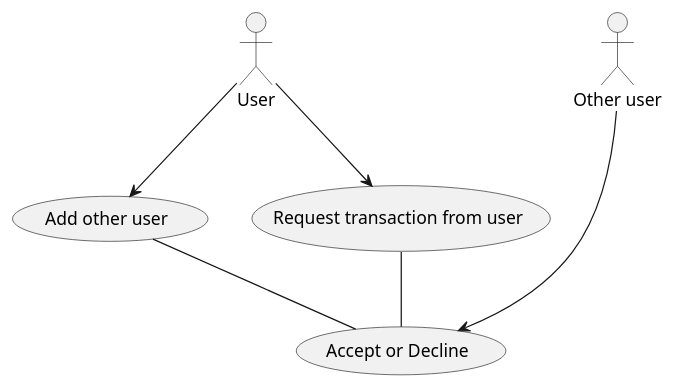
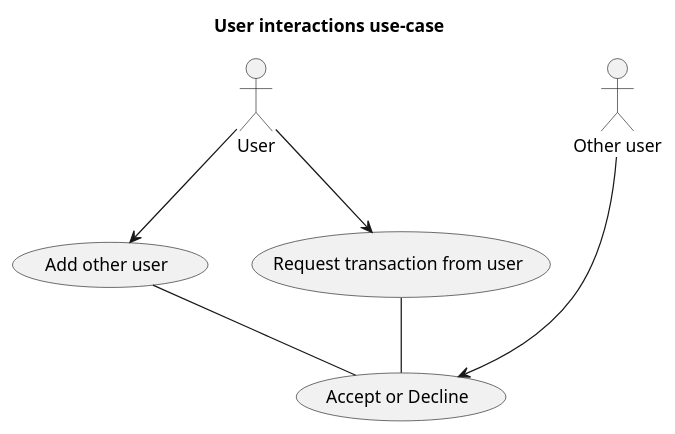
Before and after one commit to szattila98/veryrezsi: the diagram in docs/src/user_interaction_usecase.plantuml, drawn with PlantUML. The commit also changed 4 other files, not shown here.

Commit message:
Added titles to use-case diagrams.

```diff
--- a/docs/src/user_interaction_usecase.plantuml
+++ b/docs/src/user_interaction_usecase.plantuml
@@ -1,13 +1,14 @@
 @startuml user_interaction_usecase
+title User interactions use-case
 actor "User" as user
 actor "Other user" as other_user
 "Add other user" as (add_user)
 "Request transaction from user" as (request_tr)
 "Accept or Decline" as (aod)
 
 user --> add_user
 user --> request_tr
 add_user -- aod
 request_tr -- aod
 other_user ---> aod
 @enduml
```
